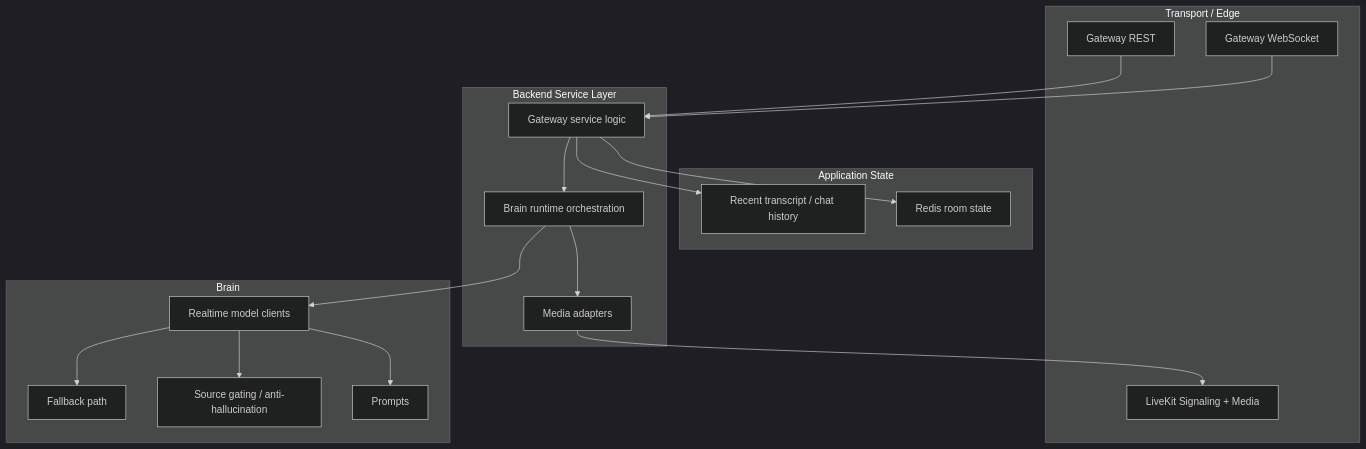
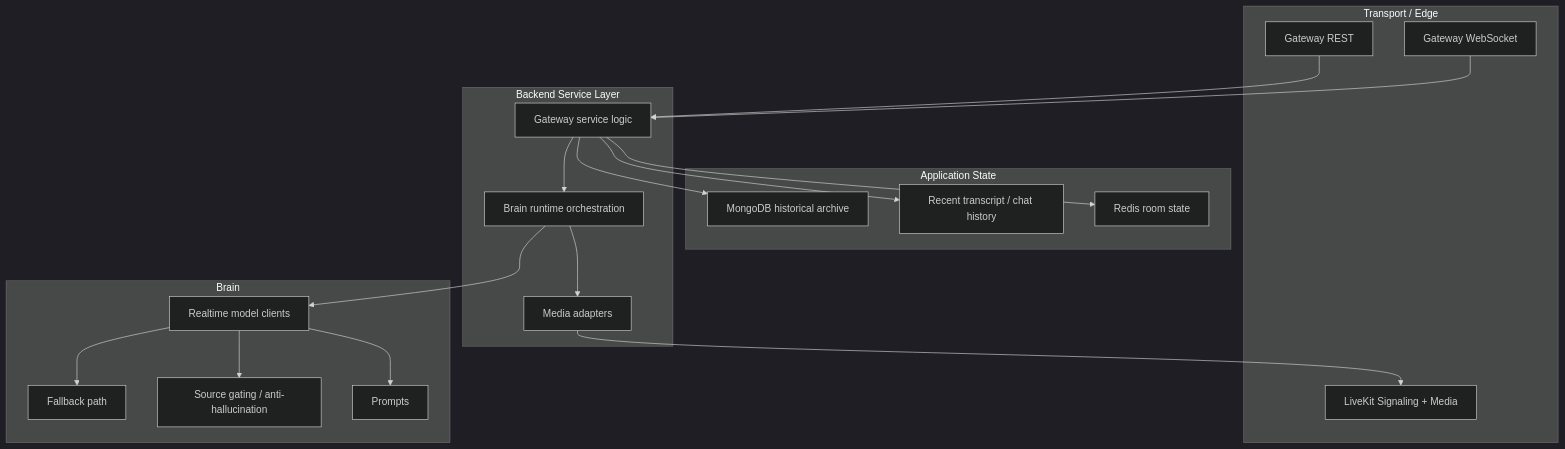
The second of 10 diagrams in docs/backend/README.md (Huy-8bit/MeetQ), drawn with Mermaid (dark theme) before and after one commit. The commit also changed other lines of this file and 18 other files, not shown here.

````diff
--- a/docs/backend/README.md
+++ b/docs/backend/README.md
@@ -94,39 +98,41 @@
 ```mermaid
 flowchart TB
     subgraph Transport["Transport / Edge"]
         GW1["Gateway REST"]
         GW2["Gateway WebSocket"]
         LK1["LiveKit Signaling + Media"]
     end
 
     subgraph State["Application State"]
         RS["Redis room state"]
         RH["Recent transcript / chat history"]
+        MH["MongoDB historical archive"]
     end
 
     subgraph Service["Backend Service Layer"]
         GWS["Gateway service logic"]
         BRS2["Brain runtime orchestration"]
         MED["Media adapters"]
     end
 
     subgraph BrainDomain["Brain"]
         PR["Prompts"]
         RTC["Realtime model clients"]
         GP["Source gating / anti-hallucination"]
         FB["Fallback path"]
     end
 
     GW1 --> GWS
     GW2 --> GWS
     GWS --> RS
     GWS --> RH
+    GWS --> MH
     GWS --> BRS2
 
     BRS2 --> MED
     MED --> LK1
     BRS2 --> RTC
     RTC --> PR
     RTC --> GP
     RTC --> FB
 ```
````
